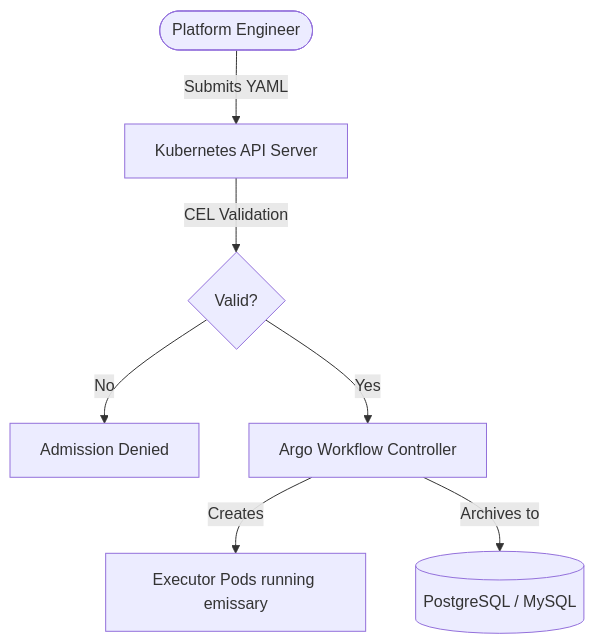
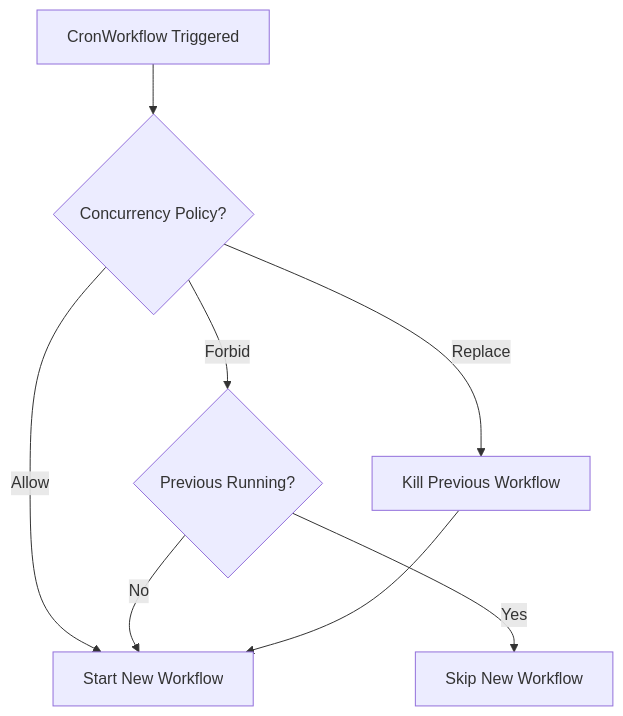
One commit to krisztiankoos/kubedojo changed the first of 3 diagrams in src/content/docs/k8s/capa/module-1.1-advanced-argo-workflows.md. Above: the diagram before and after it, drawn with Mermaid. The commit also changed other lines of this file, not shown here.

Commit message:
chore(content): write-only draft [k8s/capa/module-1.1-advanced-argo-workflows]

````diff
--- a/src/content/docs/k8s/capa/module-1.1-advanced-argo-workflows.md
+++ b/src/content/docs/k8s/capa/module-1.1-advanced-argo-workflows.md
@@ -46,9 +208,10 @@
 ```mermaid
 flowchart TD
-    User([Platform Engineer]) -->|Submits YAML| API[Kubernetes API Server]
-    API -->|CEL Validation| Valid{Valid?}
-    Valid -->|No| Reject[Admission Denied]
-    Valid -->|Yes| Controller[Argo Workflow Controller]
-    Controller -->|Creates| Pods[Executor Pods running emissary]
-    Controller -->|Archives to| DB[(PostgreSQL / MySQL)]
+    A[CronWorkflow Triggered] --> B{Concurrency Policy?}
+    B -->|Allow| C[Start New Workflow]
+    B -->|Forbid| D{Previous Running?}
+    D -->|Yes| E[Skip New Workflow]
+    D -->|No| C
+    B -->|Replace| F[Kill Previous Workflow]
+    F --> C
 ```
````
